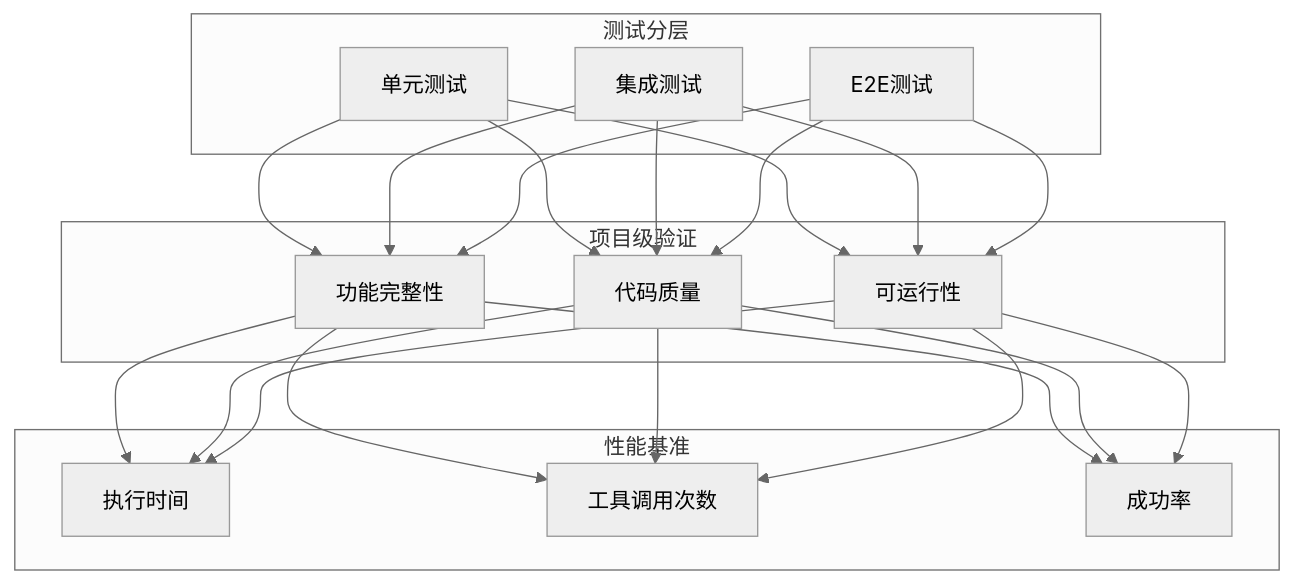
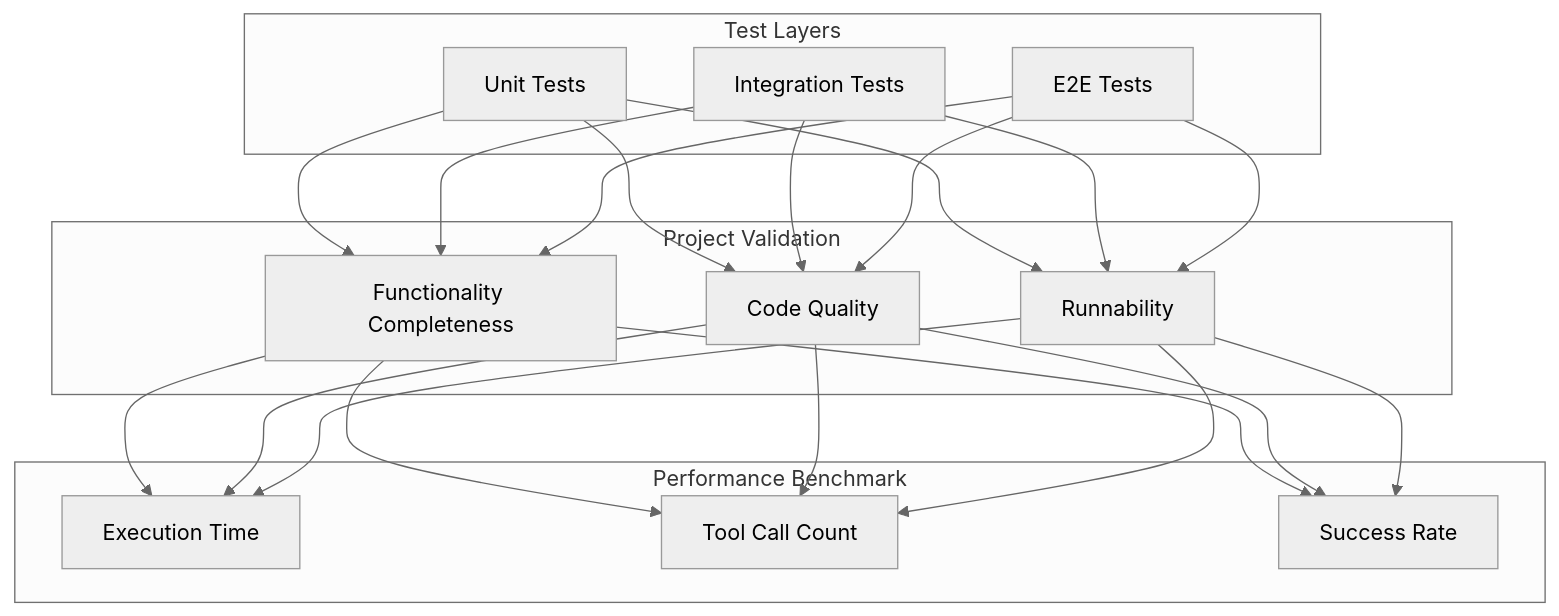
Before and after one commit to dyu55/My-Agent: the tenth of 11 diagrams in ROADMAP.md, drawn with Mermaid (neutral theme). The commit also changed other lines of this file and 2 other files, not shown here.

````diff
--- a/ROADMAP.md
+++ b/ROADMAP.md
@@ -286,23 +285,23 @@
 ```mermaid
 flowchart TD
-    subgraph 测试分层["测试分层"]
-        T1[单元测试]
-        T2[集成测试]
-        T3[E2E测试]
+    subgraph TestLayers["Test Layers"]
+        T1[Unit Tests]
+        T2[Integration Tests]
+        T3[E2E Tests]
     end
 
-    subgraph 项目验证["项目级验证"]
-        P1[功能完整性]
-        P2[代码质量]
-        P3[可运行性]
+    subgraph ProjectValidation["Project Validation"]
+        P1[Functionality Completeness]
+        P2[Code Quality]
+        P3[Runnability]
     end
 
-    subgraph 基准测试["性能基准"]
-        B1[执行时间]
-        B2[工具调用次数]
-        B3[成功率]
+    subgraph Benchmark["Performance Benchmark"]
+        B1[Execution Time]
+        B2[Tool Call Count]
+        B3[Success Rate]
     end
 
     T1 & T2 & T3 --> P1 & P2 & P3
     P1 & P2 & P3 --> B1 & B2 & B3
 ```
````
